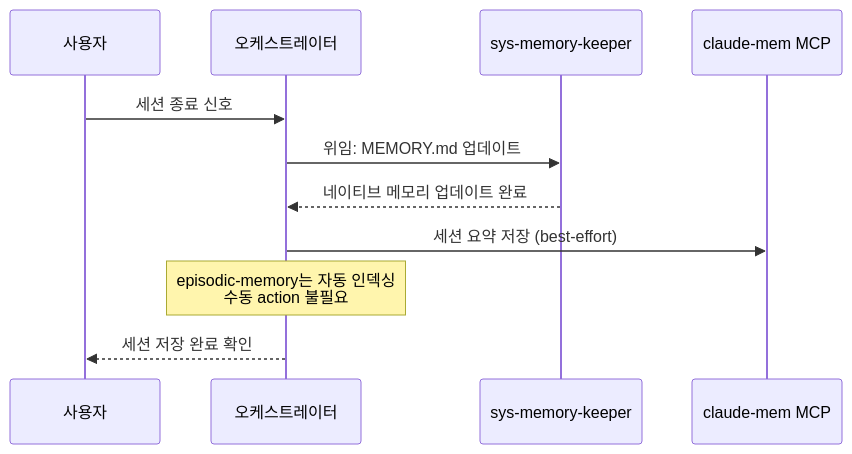
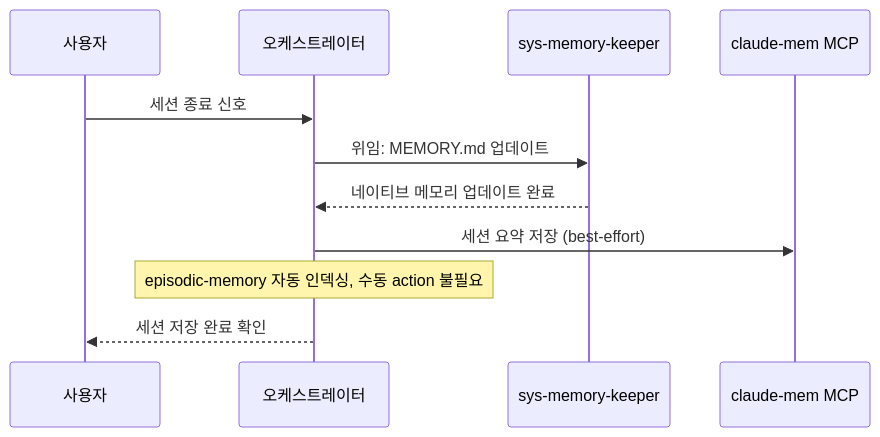
The sixth of 7 diagrams in ARCHITECTURE_ko.md (baekenough/oh-my-customcode), drawn with Mermaid before and after one commit. The commit also changed other lines of this file and 14 other files, not shown here.

````diff
--- a/ARCHITECTURE_ko.md
+++ b/ARCHITECTURE_ko.md
@@ -357,14 +357,14 @@
 ```mermaid
 sequenceDiagram
     participant U as 사용자
     participant O as 오케스트레이터
     participant SMK as sys-memory-keeper
     participant CM as claude-mem MCP
 
     U->>O: 세션 종료 신호
     O->>SMK: 위임: MEMORY.md 업데이트
     SMK-->>O: 네이티브 메모리 업데이트 완료
     O->>CM: 세션 요약 저장 (best-effort)
-    Note over O: episodic-memory는 자동 인덱싱<br/>수동 action 불필요
+    Note over O: episodic-memory 자동 인덱싱, 수동 action 불필요
     O-->>U: 세션 저장 완료 확인
 ```
````
